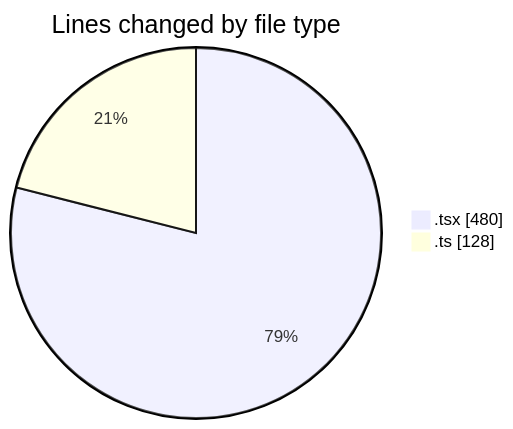
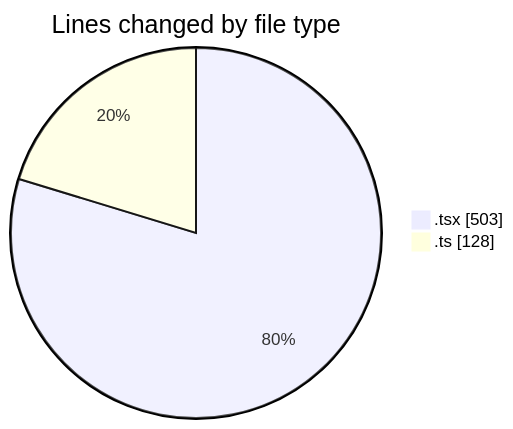
One commit to nxtqubesakshisongat/code-tracking changed the first of 2 diagrams in 2026-04-20/airfeed-analytics-dashboard/README.md. Above: the diagram before and after it, drawn with Mermaid. The commit also changed other lines of this file and 1 other file, not shown here.

````diff
--- a/2026-04-20/airfeed-analytics-dashboard/README.md
+++ b/2026-04-20/airfeed-analytics-dashboard/README.md
@@ -23,6 +23,6 @@
 ```mermaid
 pie showData
 title Lines changed by file type
-".tsx" : 480
+".tsx" : 503
 ".ts" : 128
 ```
````
